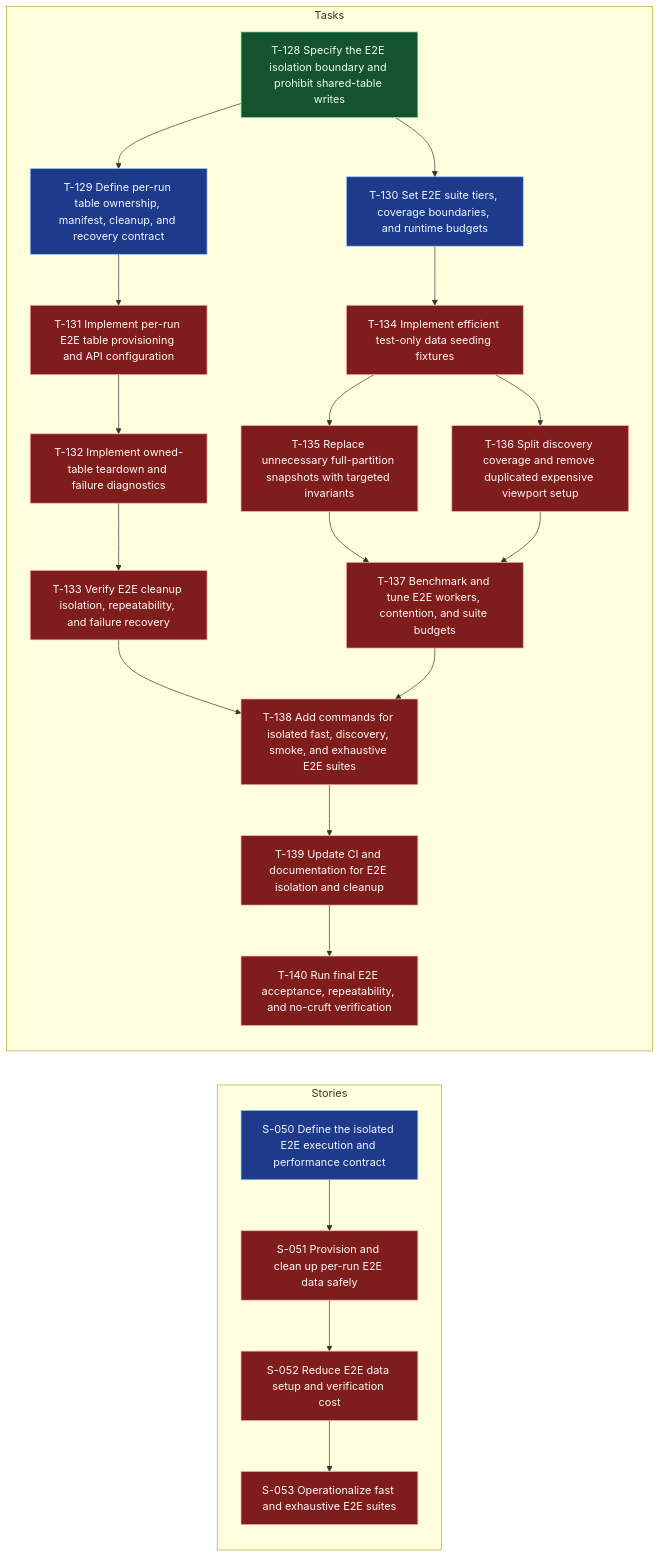
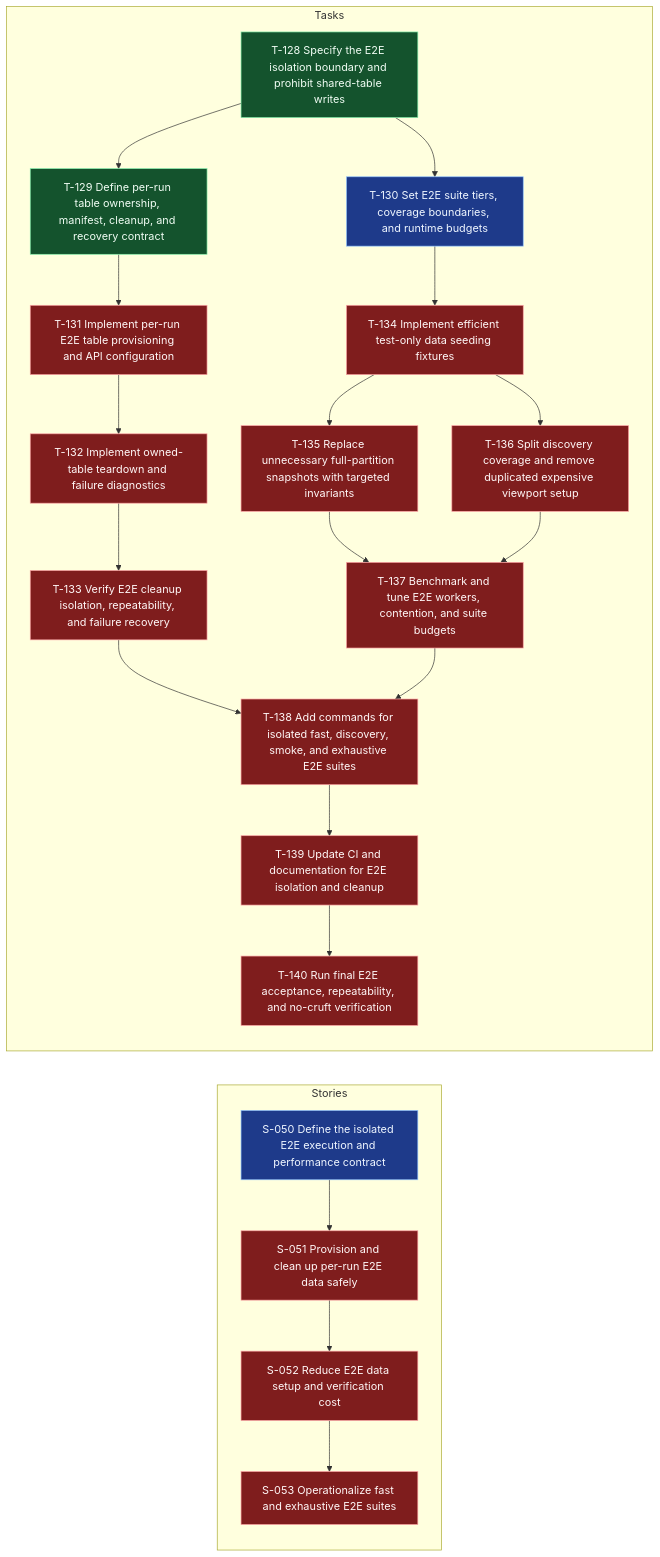
One commit to andybalham/invite-agent changed the diagram in .worktracker/graphs/E-014.mmd. Above: the diagram before and after it, drawn with Mermaid. The commit also changed 10 other files, not shown here.

Commit message:
feat: Define per-run table ownership, manifest, cleanup, and recovery contract; update related documentation

```diff
--- a/.worktracker/graphs/E-014.mmd
+++ b/.worktracker/graphs/E-014.mmd
@@ -1,61 +1,61 @@
 graph LR
   classDef done fill:#14532d,stroke:#86efac,color:#f0fdf4;
   classDef blocked fill:#7f1d1d,stroke:#fca5a5,color:#fff7f7;
   classDef inprogress fill:#78350f,stroke:#fbbf24,color:#fffbeb;
   classDef todo fill:#1e3a8a,stroke:#93c5fd,color:#eff6ff;
   classDef empty fill:#374151,stroke:#d1d5db,color:#f9fafb,stroke-dasharray: 3 3;
   subgraph Stories
     S050["S-050 Define the isolated E2E execution and performance contract"]:::todo
     S051["S-051 Provision and clean up per-run E2E data safely"]:::blocked
     S052["S-052 Reduce E2E data setup and verification cost"]:::blocked
     S053["S-053 Operationalize fast and exhaustive E2E suites"]:::blocked
     S050 --> S051
     S051 --> S052
     S052 --> S053
   end
   subgraph Tasks
     T128["T-128 Specify the E2E isolation boundary and prohibit shared-table writes"]:::done
-    T129["T-129 Define per-run table ownership, manifest, cleanup, and recovery contract"]:::todo
+    T129["T-129 Define per-run table ownership, manifest, cleanup, and recovery contract"]:::done
     T130["T-130 Set E2E suite tiers, coverage boundaries, and runtime budgets"]:::todo
     T131["T-131 Implement per-run E2E table provisioning and API configuration"]:::blocked
     T132["T-132 Implement owned-table teardown and failure diagnostics"]:::blocked
     T133["T-133 Verify E2E cleanup isolation, repeatability, and failure recovery"]:::blocked
     T134["T-134 Implement efficient test-only data seeding fixtures"]:::blocked
     T135["T-135 Replace unnecessary full-partition snapshots with targeted invariants"]:::blocked
     T136["T-136 Split discovery coverage and remove duplicated expensive viewport setup"]:::blocked
     T137["T-137 Benchmark and tune E2E workers, contention, and suite budgets"]:::blocked
     T138["T-138 Add commands for isolated fast, discovery, smoke, and exhaustive E2E suites"]:::blocked
     T139["T-139 Update CI and documentation for E2E isolation and cleanup"]:::blocked
     T140["T-140 Run final E2E acceptance, repeatability, and no-cruft verification"]:::blocked
     T128 --> T129
     T128 --> T130
     T129 --> T131
     T130 --> T134
     T131 --> T132
     T132 --> T133
     T133 --> T138
     T134 --> T135
     T134 --> T136
     T135 --> T137
     T136 --> T137
     T137 --> T138
     T138 --> T139
     T139 --> T140
   end
   click S050 "../entities/S-050-define-the-isolated-e2e-execution-and-performance-contract.md"
   click S051 "../entities/S-051-provision-and-clean-up-per-run-e2e-data-safely.md"
   click S052 "../entities/S-052-reduce-e2e-data-setup-and-verification-cost.md"
   click S053 "../entities/S-053-operationalize-fast-and-exhaustive-e2e-suites.md"
   click T128 "../entities/T-128-specify-the-e2e-isolation-boundary-and-prohibit-shared-table-writes.md"
   click T129 "../entities/T-129-define-per-run-table-ownership-manifest-cleanup-and-recovery-contract.md"
   click T130 "../entities/T-130-set-e2e-suite-tiers-coverage-boundaries-and-runtime-budgets.md"
   click T131 "../entities/T-131-implement-per-run-e2e-table-provisioning-and-api-configuration.md"
   click T132 "../entities/T-132-implement-owned-table-teardown-and-failure-diagnostics.md"
   click T133 "../entities/T-133-verify-e2e-cleanup-isolation-repeatability-and-failure-recovery.md"
   click T134 "../entities/T-134-implement-efficient-test-only-data-seeding-fixtures.md"
   click T135 "../entities/T-135-replace-unnecessary-full-partition-snapshots-with-targeted-invariants.md"
   click T136 "../entities/T-136-split-discovery-coverage-and-remove-duplicated-expensive-viewport-setup.md"
   click T137 "../entities/T-137-benchmark-and-tune-e2e-workers-contention-and-suite-budgets.md"
   click T138 "../entities/T-138-add-commands-for-isolated-fast-discovery-smoke-and-exhaustive-e2e-suites.md"
   click T139 "../entities/T-139-update-ci-and-documentation-for-e2e-isolation-and-cleanup.md"
   click T140 "../entities/T-140-run-final-e2e-acceptance-repeatability-and-no-cruft-verification.md"
```
